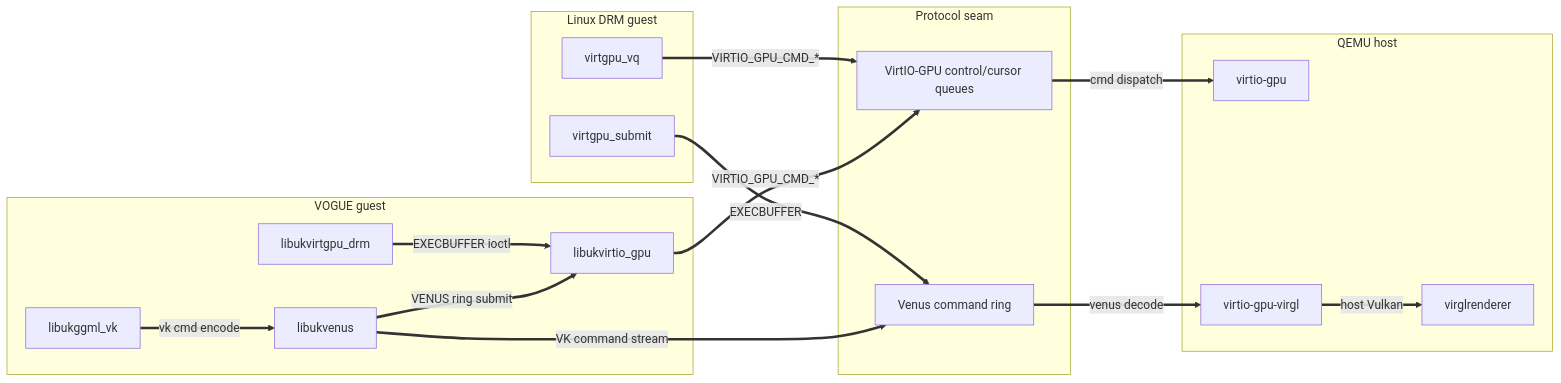
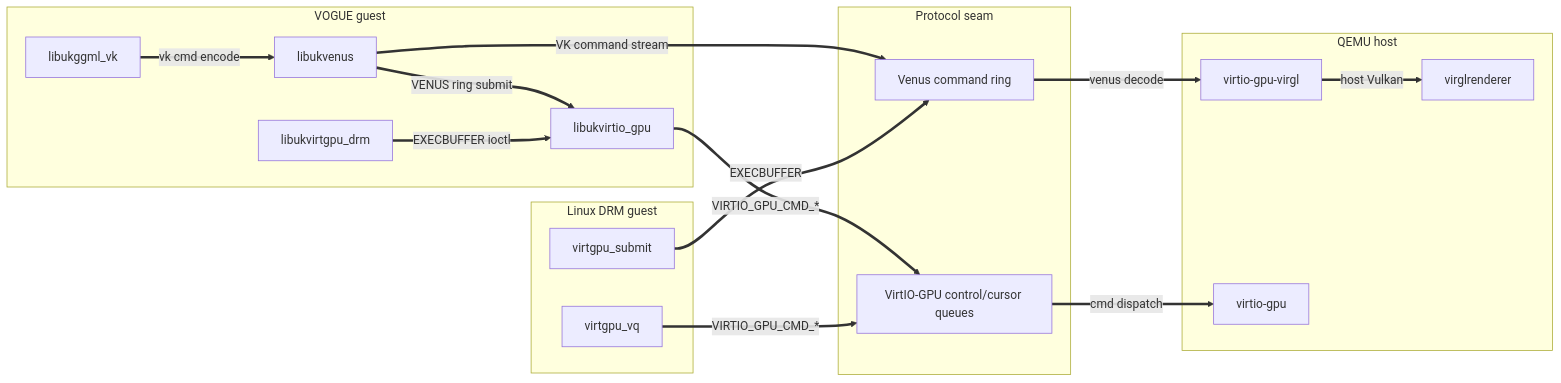
One commit to vm-final-project/virtio-gpu changed the diagram in results/depgraph/view-c-spine.mmd. Above: the diagram before and after it, drawn with Mermaid. The commit also changed other lines of this file and 74 other files, not shown here.

```diff
--- a/results/depgraph/view-c-spine.mmd
+++ b/results/depgraph/view-c-spine.mmd
@@ -1,31 +1,31 @@
 %% View C: Protocol Spine
 flowchart LR
   subgraph linux["Linux DRM guest"]
+    linux_virtgpu_submit["virtgpu_submit"]
     linux_virtgpu_vq["virtgpu_vq"]
-    linux_virtgpu_submit["virtgpu_submit"]
   end
   subgraph vogue["VOGUE guest"]
+    vogue_libukvirtio_gpu["libukvirtio_gpu"]
+    vogue_libukggml_vk["libukggml_vk"]
+    vogue_libukvirtgpu_drm["libukvirtgpu_drm"]
     vogue_libukvenus["libukvenus"]
-    vogue_libukvirtio_gpu["libukvirtio_gpu"]
-    vogue_libukvirtgpu_drm["libukvirtgpu_drm"]
-    vogue_libukggml_vk["libukggml_vk"]
   end
   subgraph seam["Protocol seam"]
+    seam_venus_ring["Venus command ring"]
     seam_ctrlq["VirtIO-GPU control/cursor queues"]
-    seam_venus_ring["Venus command ring"]
   end
   subgraph qemu["QEMU host"]
+    qemu_virtio_gpu_virgl["virtio-gpu-virgl"]
+    qemu_ext_virglrenderer["virglrenderer"]
     qemu_virtio_gpu["virtio-gpu"]
-    qemu_ext_virglrenderer["virglrenderer"]
-    qemu_virtio_gpu_virgl["virtio-gpu-virgl"]
   end
   vogue_libukggml_vk ==>|vk cmd encode| vogue_libukvenus
   vogue_libukvenus ==>|VENUS ring submit| vogue_libukvirtio_gpu
   vogue_libukvirtgpu_drm ==>|EXECBUFFER ioctl| vogue_libukvirtio_gpu
   vogue_libukvirtio_gpu ==>|VIRTIO_GPU_CMD_*| seam_ctrlq
   vogue_libukvenus ==>|VK command stream| seam_venus_ring
   linux_virtgpu_vq ==>|VIRTIO_GPU_CMD_*| seam_ctrlq
   linux_virtgpu_submit ==>|EXECBUFFER| seam_venus_ring
   seam_ctrlq ==>|cmd dispatch| qemu_virtio_gpu
   seam_venus_ring ==>|venus decode| qemu_virtio_gpu_virgl
   qemu_virtio_gpu_virgl ==>|host Vulkan| qemu_ext_virglrenderer
```
